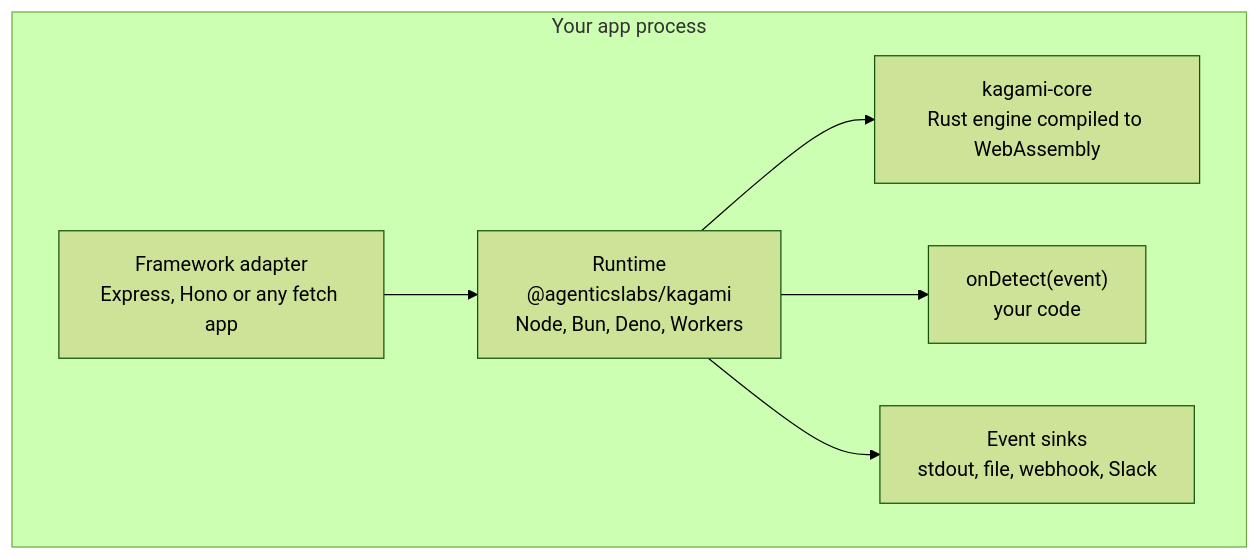
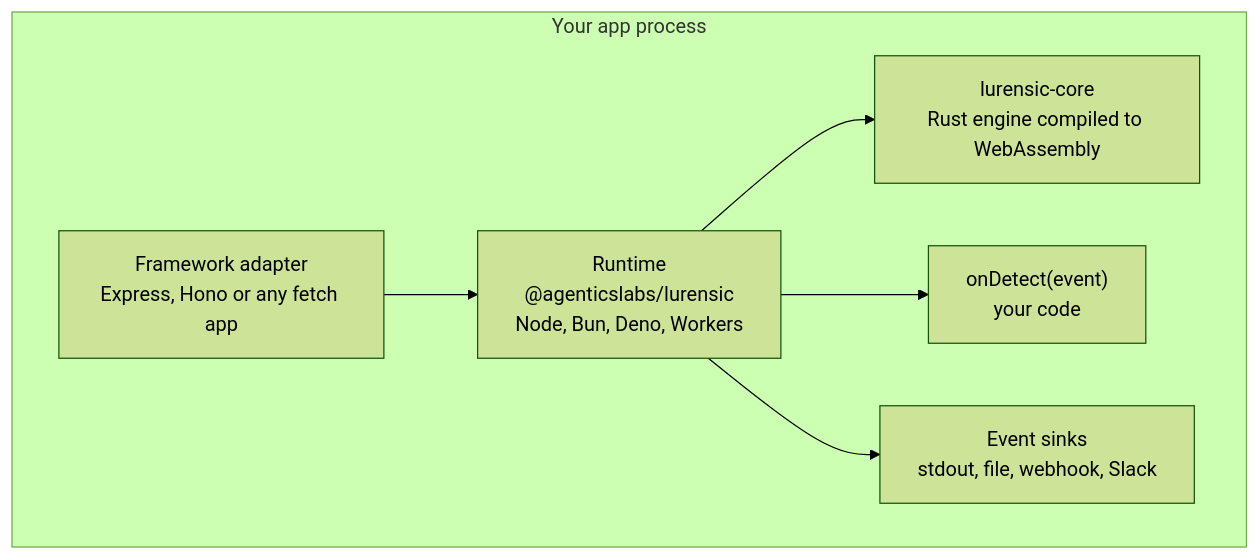
One commit to agenticslabs-xyz/lurensic changed the second of 2 diagrams in README.md. Above: the diagram before and after it, drawn with Mermaid (forest theme). The commit also changed other lines of this file and 88 other files, not shown here.

First line of the commit message:
Rename Kagami to Lurensic (#8)

````diff
--- a/README.md
+++ b/README.md
@@ -190,9 +188,9 @@
 ```mermaid
 flowchart TB
     subgraph proc["Your app process"]
-        AD["Framework adapter<br/>Express, Hono or any fetch app"] --> NODE["Runtime<br/>@agenticslabs/kagami<br/>Node, Bun, Deno, Workers"]
-        NODE --> CORE["kagami-core<br/>Rust engine compiled to WebAssembly"]
+        AD["Framework adapter<br/>Express, Hono or any fetch app"] --> NODE["Runtime<br/>@agenticslabs/lurensic<br/>Node, Bun, Deno, Workers"]
+        NODE --> CORE["lurensic-core<br/>Rust engine compiled to WebAssembly"]
         NODE --> CB["onDetect(event)<br/>your code"]
         NODE --> SINKS["Event sinks<br/>stdout, file, webhook, Slack"]
     end
 ```
````
